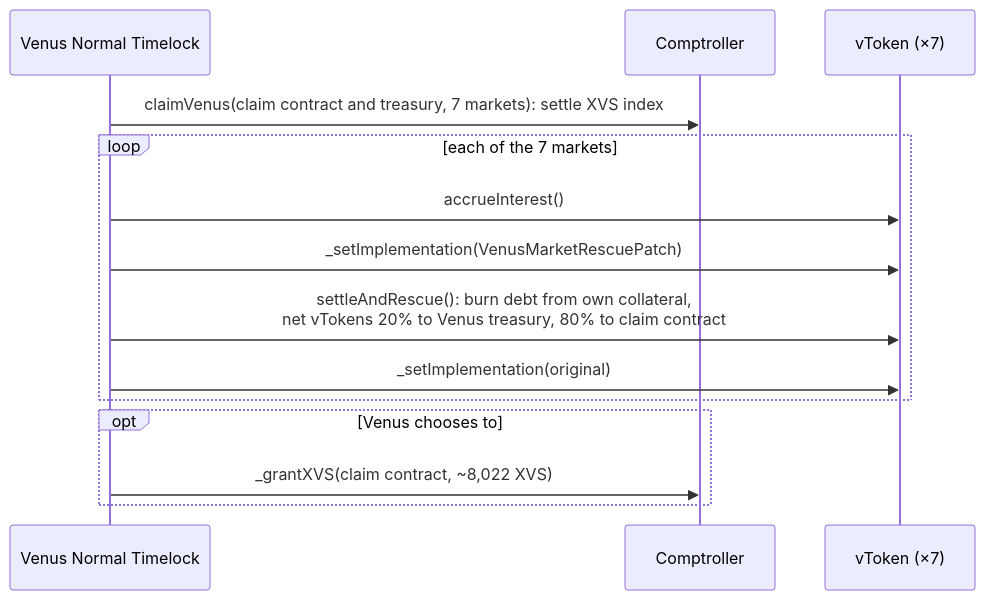
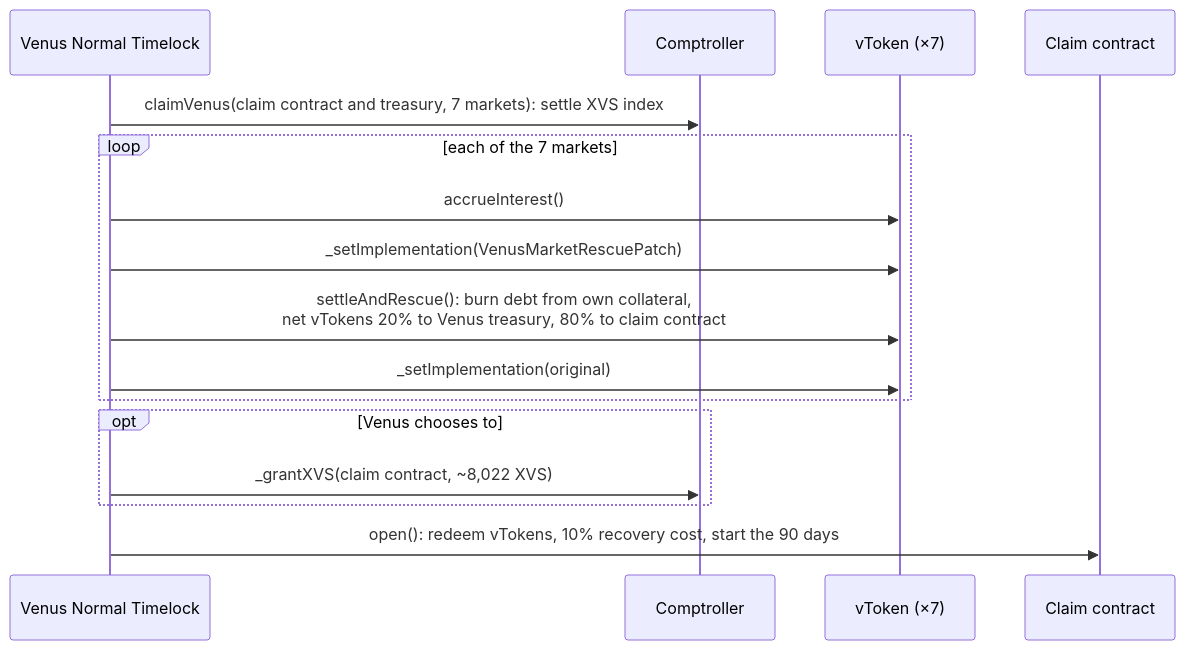
The second of 6 diagrams in APPENDIX.md (Lefgk/rake-venus-proposal-short), drawn with Mermaid before and after one commit. The commit also changed other lines of this file and 9 other files, not shown here.

Commit message:
Claim window opens inside the VIP: only the Timelock calls open(), no 120-day sweep

````diff
--- a/APPENDIX.md
+++ b/APPENDIX.md
@@ -38,16 +38,18 @@
 ```mermaid
 sequenceDiagram
     participant T as Venus Normal Timelock
     participant C as Comptroller
     participant V as vToken (×7)
+    participant K as Claim contract
     T->>C: claimVenus(claim contract and treasury, 7 markets): settle XVS index
     loop each of the 7 markets
         T->>V: accrueInterest()
         T->>V: _setImplementation(VenusMarketRescuePatch)
         T->>V: settleAndRescue(): burn debt from own collateral,<br/>net vTokens 20% to Venus treasury, 80% to claim contract
         T->>V: _setImplementation(original)
     end
     opt Venus chooses to
         T->>C: _grantXVS(claim contract, ~8,022 XVS)
     end
+    T->>K: open(): redeem vTokens, 10% recovery cost, start the 90 days
 ```
````
